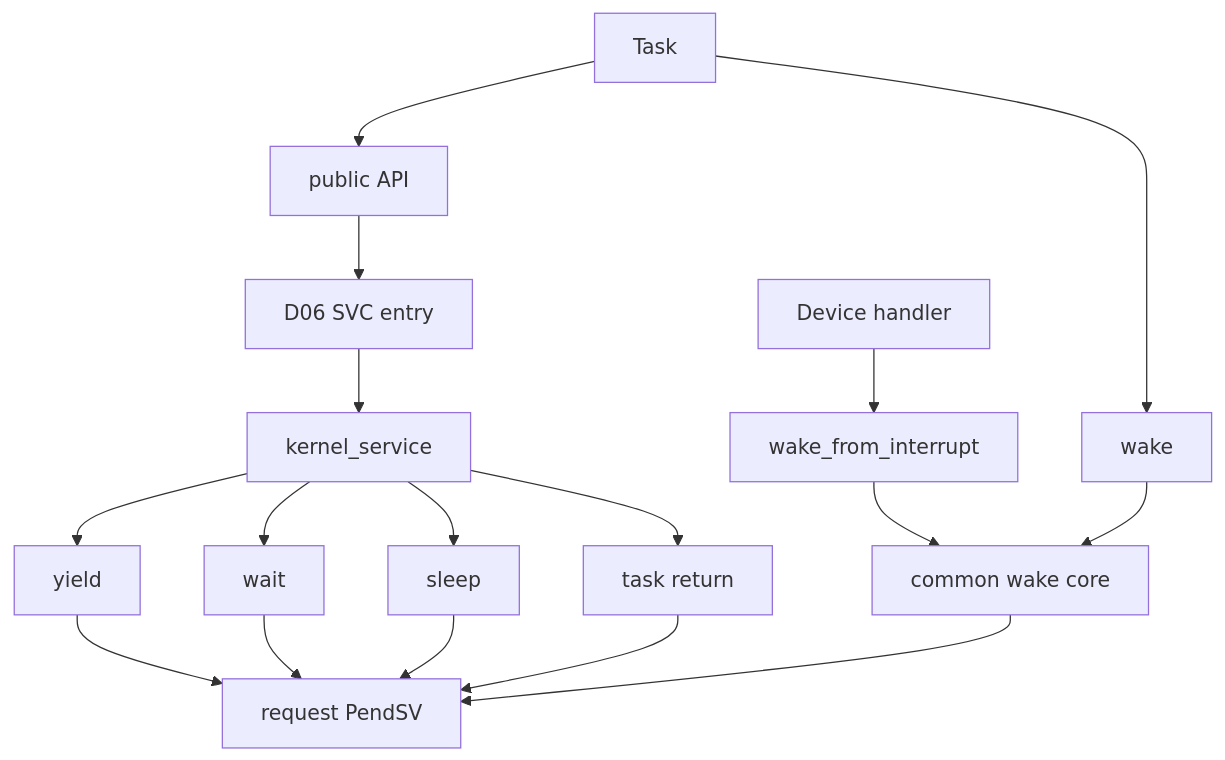
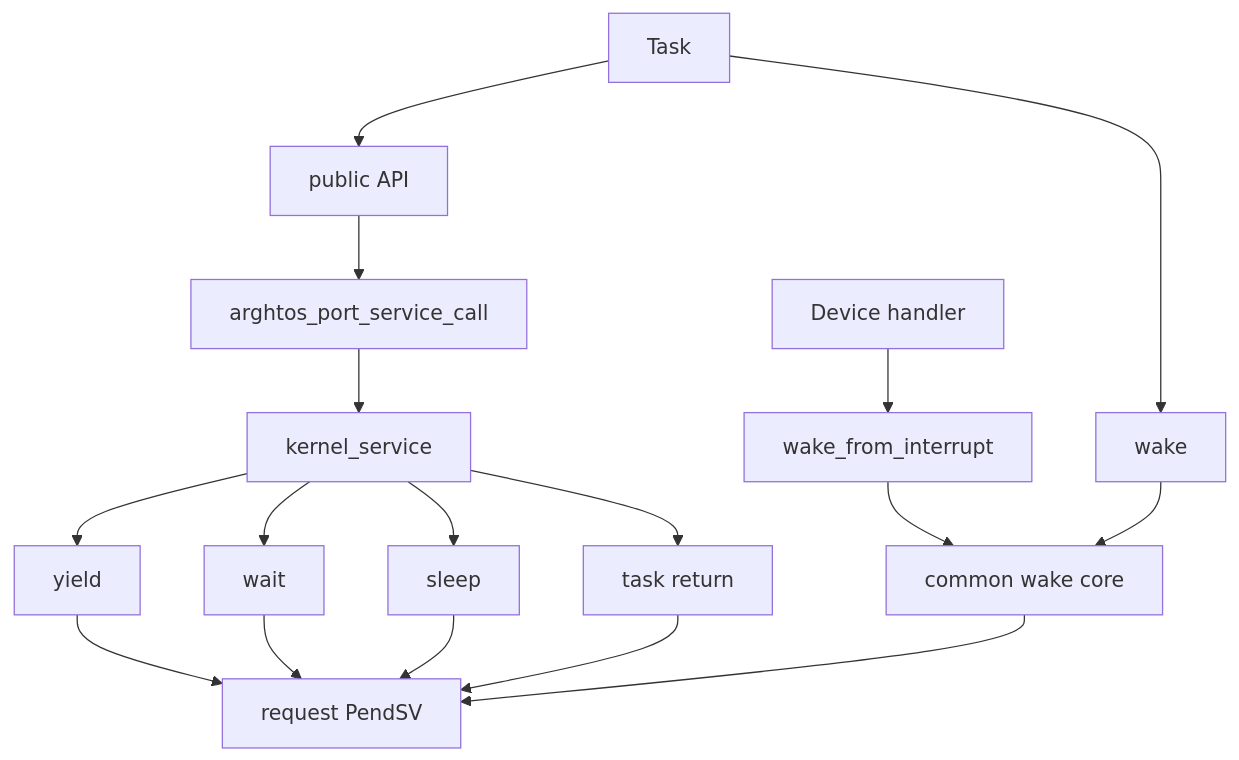
The diagram in design-elements/D03-lifecycle-wake-gateway.md (tumblewhead/arghtos), drawn with Mermaid before and after one commit. The commit also changed other lines of this file, not shown here.

Commit message:
Remove Cortex SVC knowledge from portable lifecycle module

````diff
--- a/design-elements/D03-lifecycle-wake-gateway.md
+++ b/design-elements/D03-lifecycle-wake-gateway.md
@@ -226,21 +220,21 @@
 ```mermaid
 flowchart TD
   TASK["Task"] --> PUB["public API"]
-  PUB --> SVC["D06 SVC entry"]
-  SVC --> KS["kernel_service"]
+  PUB --> PCALL["arghtos_port_service_call"]
+  PCALL --> KS["kernel_service"]
   KS --> Y["yield"]
   KS --> W["wait"]
   KS --> S["sleep"]
   KS --> R["task return"]
 
   IH["Device handler"] --> WI["wake_from_interrupt"]
   TASK --> WT["wake"]
   WI --> WC["common wake core"]
   WT --> WC
 
   Y --> DISP["request PendSV"]
   W --> DISP
   S --> DISP
   R --> DISP
   WC --> DISP
 ```
````
